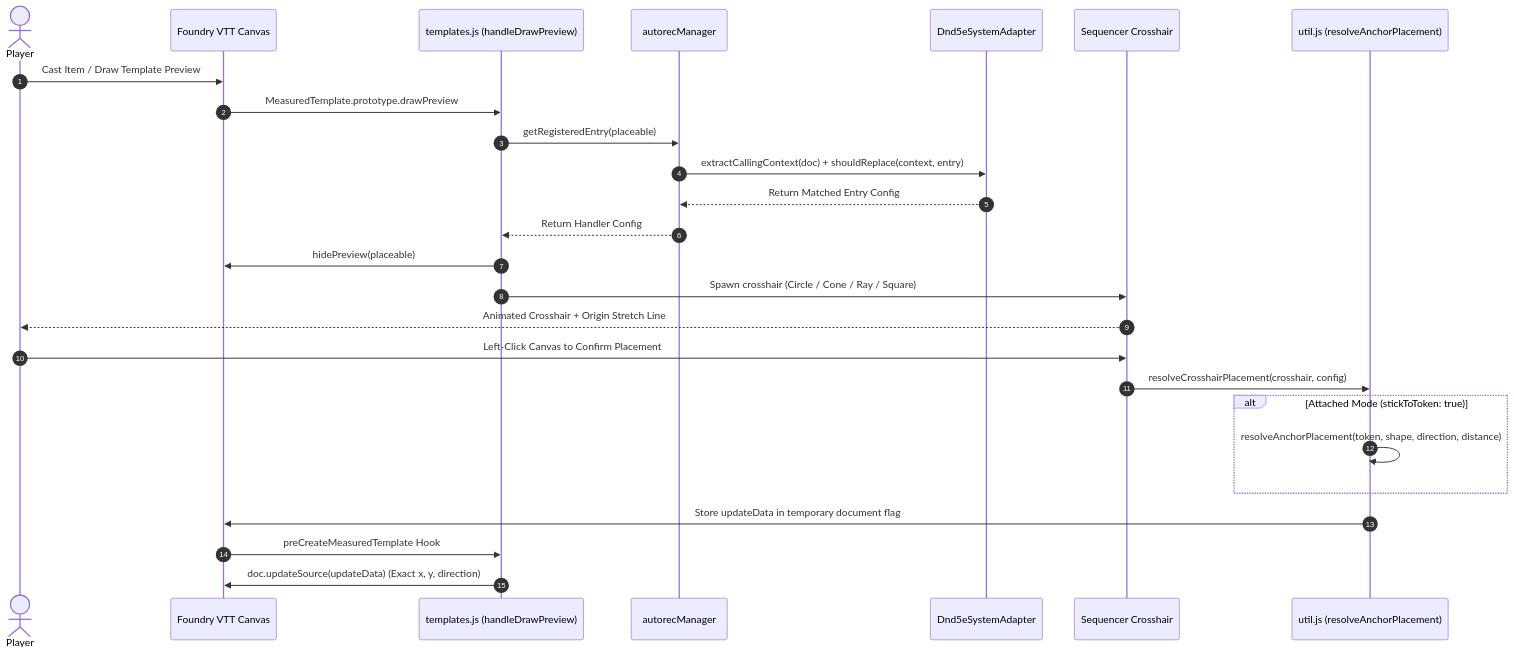
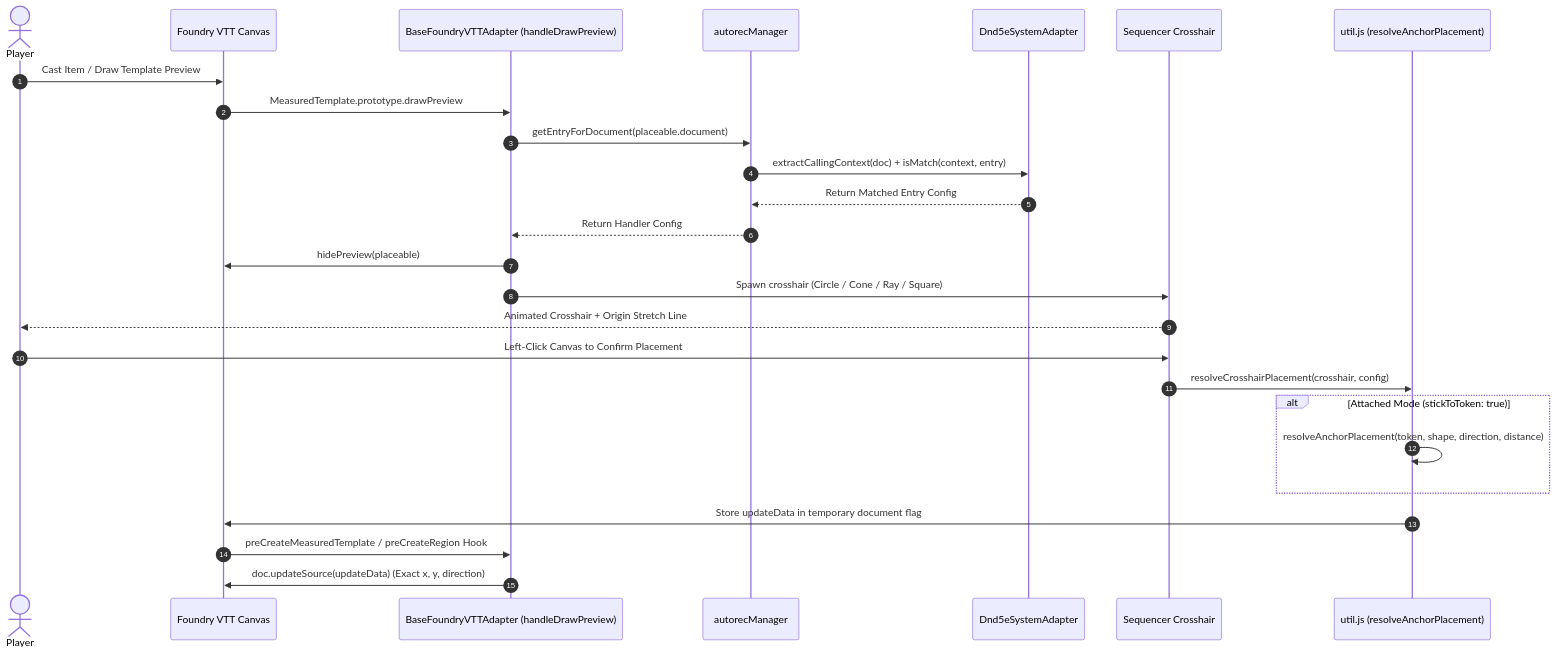
The diagram in docs/function_tree.md (aljames-external/bakana-better-crosshairs), drawn with Mermaid before and after one commit. The commit also changed other lines of this file and 9 other files, not shown here.

Commit message:
refactor(adapter): migrate placement interceptors to Foundry adapter layer and separate version-specific deferred creation

````diff
--- a/docs/function_tree.md
+++ b/docs/function_tree.md
@@ -18,29 +18,29 @@
 ```mermaid
 sequenceDiagram
     autonumber
     actor Player
     participant FVTT as Foundry VTT Canvas
-    participant Hook as templates.js (handleDrawPreview)
+    participant Hook as BaseFoundryVTTAdapter (handleDrawPreview)
     participant Autorec as autorecManager
     participant Adapter as Dnd5eSystemAdapter
     participant Seq as Sequencer Crosshair
     participant Resolver as util.js (resolveAnchorPlacement)
 
     Player->>FVTT: Cast Item / Draw Template Preview
     FVTT->>Hook: MeasuredTemplate.prototype.drawPreview
-    Hook->>Autorec: getRegisteredEntry(placeable)
-    Autorec->>Adapter: extractCallingContext(doc) + shouldReplace(context, entry)
+    Hook->>Autorec: getEntryForDocument(placeable.document)
+    Autorec->>Adapter: extractCallingContext(doc) + isMatch(context, entry)
     Adapter-->>Autorec: Return Matched Entry Config
     Autorec-->>Hook: Return Handler Config
     Hook->>FVTT: hidePreview(placeable)
     Hook->>Seq: Spawn crosshair (Circle / Cone / Ray / Square)
     Seq-->>Player: Animated Crosshair + Origin Stretch Line
     Player->>Seq: Left-Click Canvas to Confirm Placement
     Seq->>Resolver: resolveCrosshairPlacement(crosshair, config)
     alt Attached Mode (stickToToken: true)
         Resolver->>Resolver: resolveAnchorPlacement(token, shape, direction, distance)
     end
     Resolver->>FVTT: Store updateData in temporary document flag
-    FVTT->>Hook: preCreateMeasuredTemplate Hook
+    FVTT->>Hook: preCreateMeasuredTemplate / preCreateRegion Hook
     Hook->>FVTT: doc.updateSource(updateData) (Exact x, y, direction)
 ```
````
